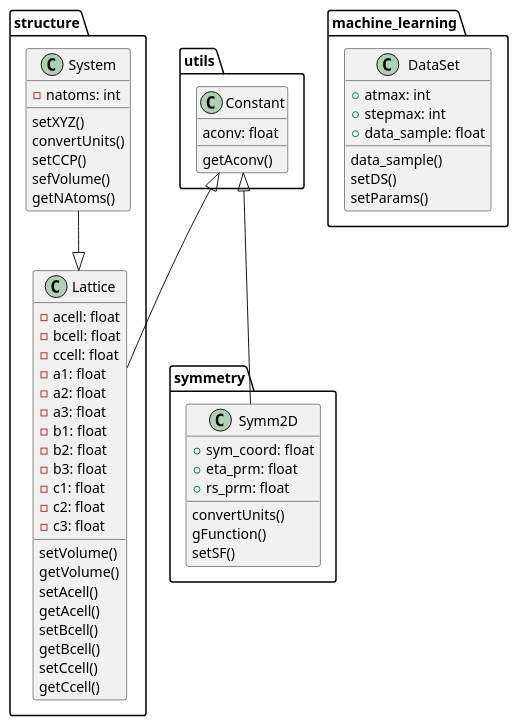
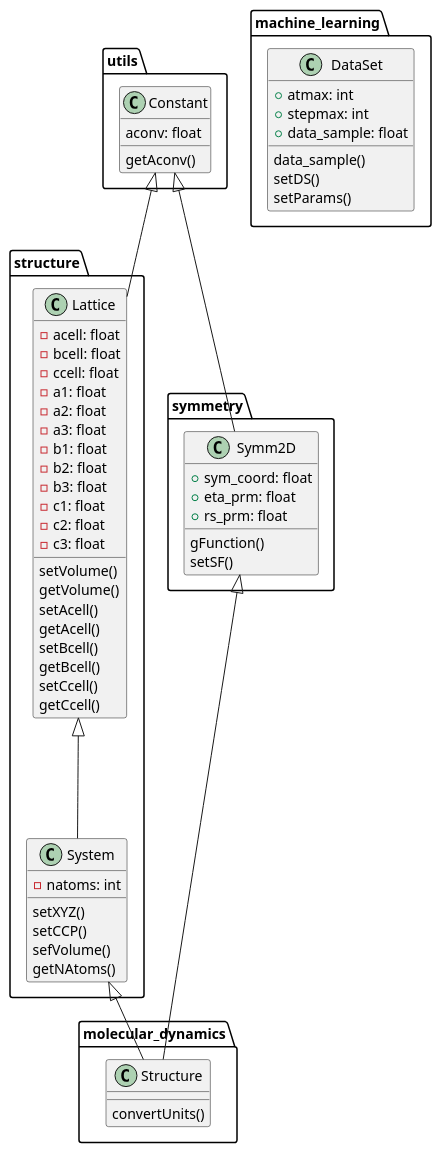
One commit to flavianowilliams/M3L changed the diagram in docs/phase_diagram.puml. Above: the diagram before and after it, drawn with PlantUML. The commit also changed 3 other files, not shown here.

```diff
--- a/docs/phase_diagram.puml
+++ b/docs/phase_diagram.puml
@@ -1,63 +1,68 @@
 @startuml M3L
 package utils{
     class Constant{
         aconv: float
         getAconv()
     }
 }
 package structure{
     class Lattice{
         -acell: float
         -bcell: float
         -ccell: float
         -a1: float
         -a2: float
         -a3: float
         -b1: float
         -b2: float
         -b3: float
         -c1: float
         -c2: float
         -c3: float
         setVolume()
         getVolume()
         setAcell()
         getAcell()
         setBcell()
         getBcell()
         setCcell()
         getCcell()
     }
     class System{
         -natoms: int
         setXYZ()
-        convertUnits()
         setCCP()
         sefVolume()
         getNAtoms()
     }
-    System --|> Lattice
 }
 package symmetry{
     class Symm2D{
         +sym_coord: float
         +eta_prm: float
         +rs_prm: float
-        convertUnits()
         gFunction()
         setSF()
     }
 }
 package machine_learning{
     class DataSet{
         +atmax: int
         +stepmax: int
         +data_sample: float
         data_sample()
         setDS()
         setParams()
     }
 }
+package molecular_dynamics{
+    class Structure{
+        convertUnits()        
+    }
+}
 Constant <|-- Lattice
 Constant <|-- Symm2D
+System <|-- Structure
+Symm2D <|-- Structure
+Lattice <|--- System
 @enduml
```
